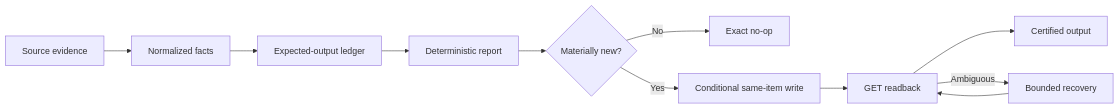
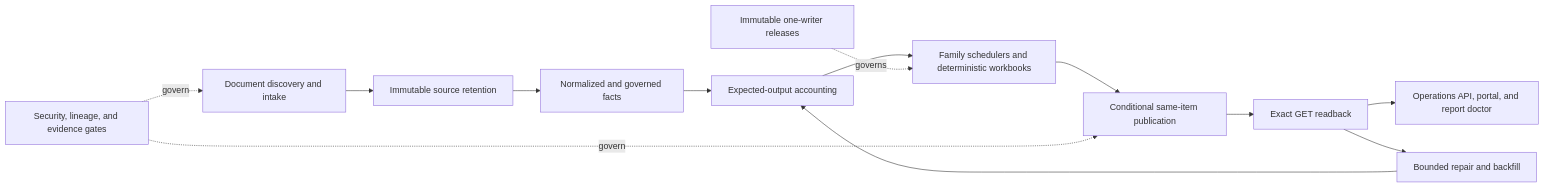
The diagram in README.md (tonnyryam/pepperball-reporting-platform-case-study), drawn with Mermaid before and after one commit. The commit also changed other lines of this file and 25 other files, not shown here.

````diff
--- a/README.md
+++ b/README.md
@@ -34,13 +31,15 @@
 ```mermaid
 flowchart LR
-  A[Source evidence] --> B[Normalized facts]
-  B --> C[Expected-output ledger]
-  C --> D[Deterministic report]
-  D --> E{Materially new?}
-  E -- No --> F[Exact no-op]
-  E -- Yes --> G[Conditional same-item write]
-  G --> H[GET readback]
-  H --> I[Certified output]
-  H -- Ambiguous --> J[Bounded recovery]
-  J --> H
+  A[Document discovery and intake] --> B[Immutable source retention]
+  B --> C[Normalized and governed facts]
+  C --> D[Expected-output accounting]
+  D --> E[Family schedulers and deterministic workbooks]
+  E --> F[Conditional same-item publication]
+  F --> G[Exact GET readback]
+  G --> H[Operations API, portal, and report doctor]
+  G --> I[Bounded repair and backfill]
+  I --> D
+  J[Immutable one-writer releases] -. governs .-> E
+  K[Security, lineage, and evidence gates] -. govern .-> A
+  K -. govern .-> F
 ```
````
